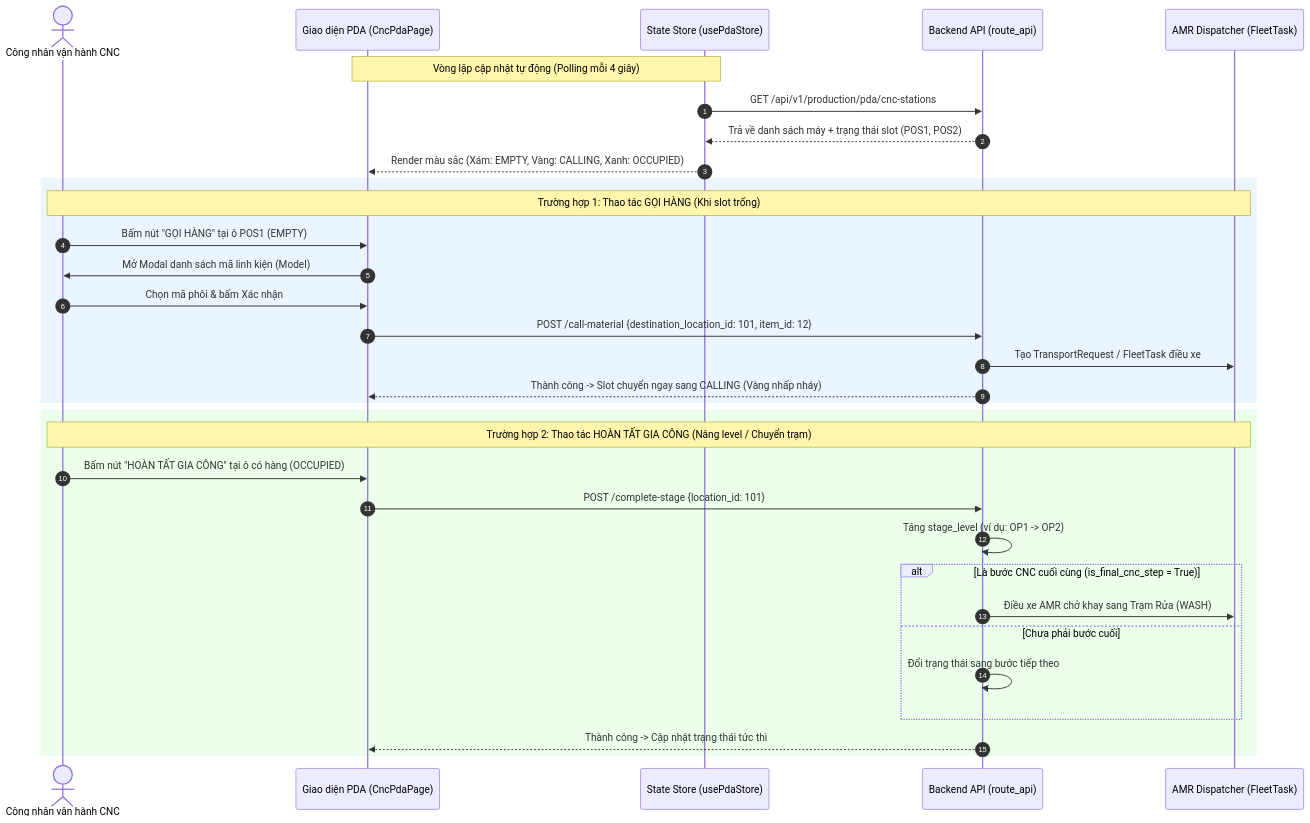
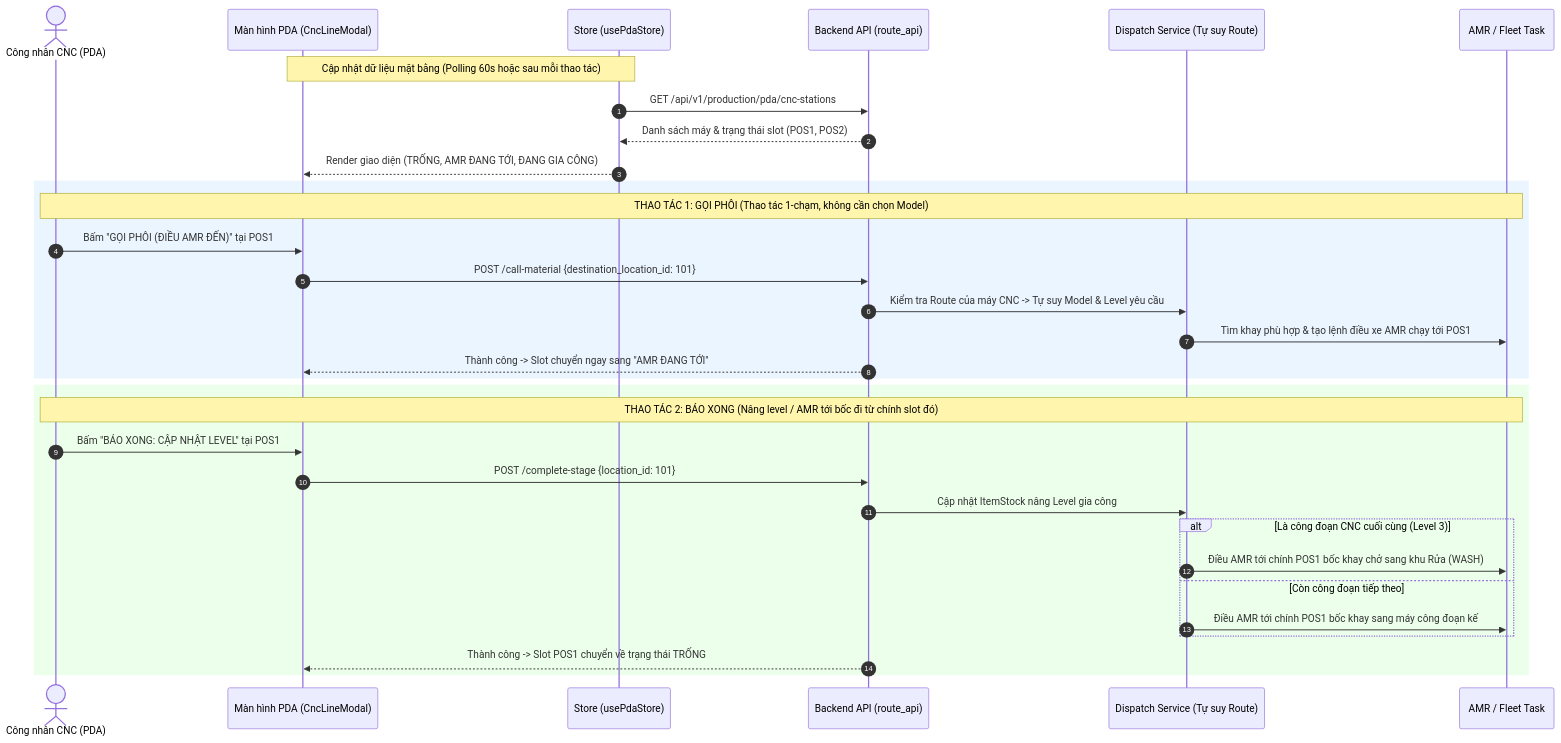
Before and after one commit to Minowu/Kuka_WMS: the second of 2 diagrams in DOCS/plan_review_pda_cnc_flow.md, drawn with Mermaid. The commit also changed other lines of this file and 10 other files, not shown here.

````diff
--- a/DOCS/plan_review_pda_cnc_flow.md
+++ b/DOCS/plan_review_pda_cnc_flow.md
@@ -51,37 +68,37 @@
 ```mermaid
 sequenceDiagram
     autonumber
-    actor CNC as Công nhân vận hành CNC
-    participant PDA as Giao diện PDA (CncPdaPage)
-    participant Store as State Store (usePdaStore)
+    actor CNC as Công nhân CNC (PDA)
+    participant PDA as Màn hình PDA (CncLineModal)
+    participant Store as Store (usePdaStore)
     participant BE as Backend API (route_api)
-    participant AMR as AMR Dispatcher (FleetTask)
+    participant Dispatch as Dispatch Service (Tự suy Route)
+    participant AMR as AMR / Fleet Task
 
-    Note over PDA,Store: Vòng lặp cập nhật tự động (Polling mỗi 4 giây)
+    Note over PDA,Store: Cập nhật dữ liệu mặt bằng (Polling 60s hoặc sau mỗi thao tác)
     Store->>BE: GET /api/v1/production/pda/cnc-stations
-    BE-->>Store: Trả về danh sách máy + trạng thái slot (POS1, POS2)
-    Store-->>PDA: Render màu sắc (Xám: EMPTY, Vàng: CALLING, Xanh: OCCUPIED)
+    BE-->>Store: Danh sách máy & trạng thái slot (POS1, POS2)
+    Store-->>PDA: Render giao diện (TRỐNG, AMR ĐANG TỚI, ĐANG GIA CÔNG)
 
     rect rgb(235, 245, 255)
-    Note over CNC,AMR: Trường hợp 1: Thao tác GỌI HÀNG (Khi slot trống)
-    CNC->>PDA: Bấm nút "GỌI HÀNG" tại ô POS1 (EMPTY)
-    PDA->>CNC: Mở Modal danh sách mã linh kiện (Model)
-    CNC->>PDA: Chọn mã phôi & bấm Xác nhận
-    PDA->>BE: POST /call-material {destination_location_id: 101, item_id: 12}
-    BE->>AMR: Tạo TransportRequest / FleetTask điều xe
-    BE-->>PDA: Thành công -> Slot chuyển ngay sang CALLING (Vàng nhấp nháy)
+    Note over CNC,AMR: THAO TÁC 1: GỌI PHÔI (Thao tác 1-chạm, không cần chọn Model)
+    CNC->>PDA: Bấm "GỌI PHÔI (ĐIỀU AMR ĐẾN)" tại POS1
+    PDA->>BE: POST /call-material {destination_location_id: 101}
+    BE->>Dispatch: Kiểm tra Route của máy CNC -> Tự suy Model & Level yêu cầu
+    Dispatch->>AMR: Tìm khay phù hợp & tạo lệnh điều xe AMR chạy tới POS1
+    BE-->>PDA: Thành công -> Slot chuyển ngay sang "AMR ĐANG TỚI"
     end
 
     rect rgb(235, 255, 235)
-    Note over CNC,AMR: Trường hợp 2: Thao tác HOÀN TẤT GIA CÔNG (Nâng level / Chuyển trạm)
-    CNC->>PDA: Bấm nút "HOÀN TẤT GIA CÔNG" tại ô có hàng (OCCUPIED)
+    Note over CNC,AMR: THAO TÁC 2: BÁO XONG (Nâng level / AMR tới bốc đi từ chính slot đó)
+    CNC->>PDA: Bấm "BÁO XONG: CẬP NHẬT LEVEL" tại POS1
     PDA->>BE: POST /complete-stage {location_id: 101}
-    BE->>BE: Tăng stage_level (ví dụ: OP1 -> OP2)
-    alt Là bước CNC cuối cùng (is_final_cnc_step = True)
-        BE->>AMR: Điều xe AMR chở khay sang Trạm Rửa (WASH)
-    else Chưa phải bước cuối
-        BE->>BE: Đổi trạng thái sang bước tiếp theo
+    BE->>Dispatch: Cập nhật ItemStock nâng Level gia công
+    alt Là công đoạn CNC cuối cùng (Level 3)
+        Dispatch->>AMR: Điều AMR tới chính POS1 bốc khay chở sang khu Rửa (WASH)
+    else Còn công đoạn tiếp theo
+        Dispatch->>AMR: Điều AMR tới chính POS1 bốc khay sang máy công đoạn kế
     end
-    BE-->>PDA: Thành công -> Cập nhật trạng thái tức thì
+    BE-->>PDA: Thành công -> Slot POS1 chuyển về trạng thái TRỐNG
     end
 ```
````
